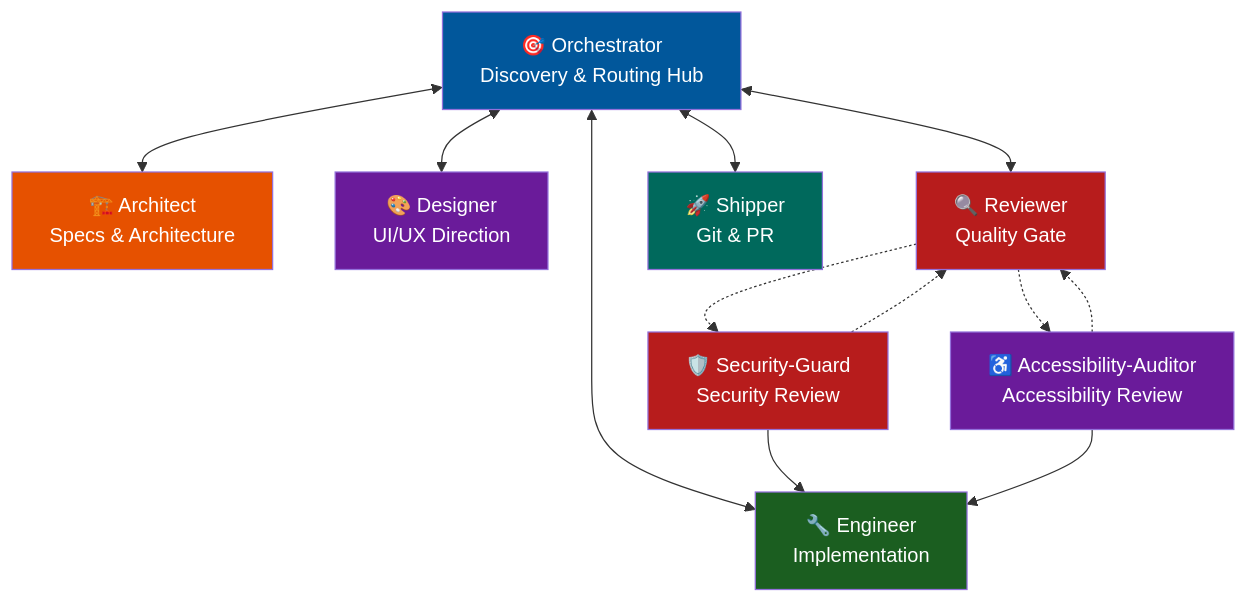
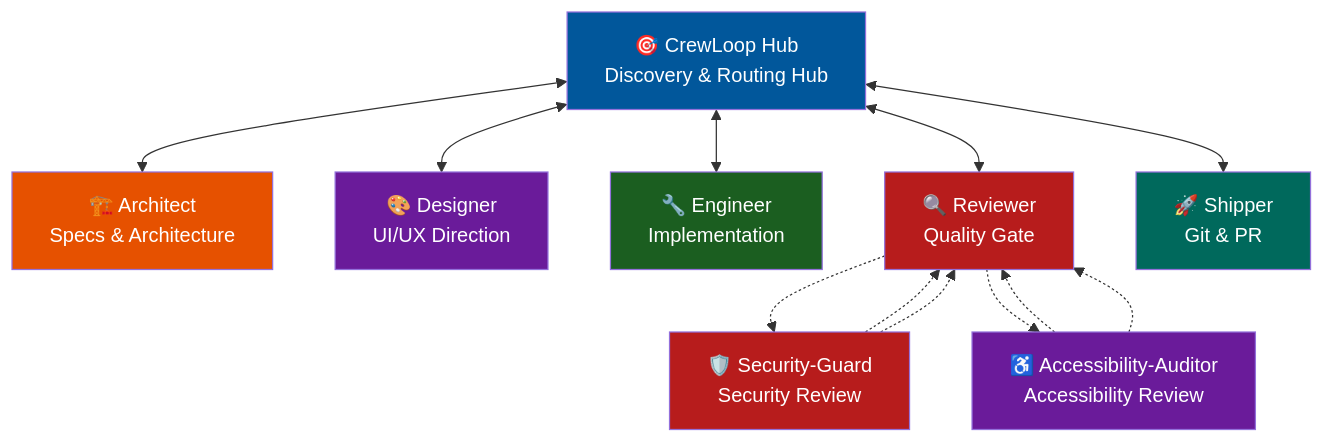
Before and after one commit to leorsousa05/CrewLoop: the diagram in references/workflow.md, drawn with Mermaid. The commit also changed other lines of this file and 69 other files, not shown here.

First line of the commit message:
refactor(core): rename orchestrator to crewloop-hub

````diff
--- a/references/workflow.md
+++ b/references/workflow.md
@@ -27,24 +35,24 @@
 ```mermaid
 flowchart TD
-    O["🎯 Orchestrator<br>Discovery & Routing Hub"] <--> A["🏗️ Architect<br>Specs & Architecture"]
+    O["🎯 CrewLoop Hub<br>Discovery & Routing Hub"] <--> A["🏗️ Architect<br>Specs & Architecture"]
     O <--> D["🎨 Designer<br>UI/UX Direction"]
     O <--> E["🔧 Engineer<br>Implementation"]
     O <--> R["🔍 Reviewer<br>Quality Gate"]
     O <--> S["🚀 Shipper<br>Git & PR"]
 
     SG["🛡️ Security-Guard<br>Security Review"] -.-> R
     AA["♿ Accessibility-Auditor<br>Accessibility Review"] -.-> R
     R -.-> SG
     R -.-> AA
-    SG --> E
-    AA --> E
+    SG -.-> R
+    AA -.-> R
 
     style O fill:#01579b,color:#fff
     style A fill:#e65100,color:#fff
     style D fill:#6a1b9a,color:#fff
     style E fill:#1b5e20,color:#fff
     style R fill:#b71c1c,color:#fff
     style S fill:#00695c,color:#fff
     style SG fill:#b71c1c,color:#fff
     style AA fill:#6a1b9a,color:#fff
 ```
````
